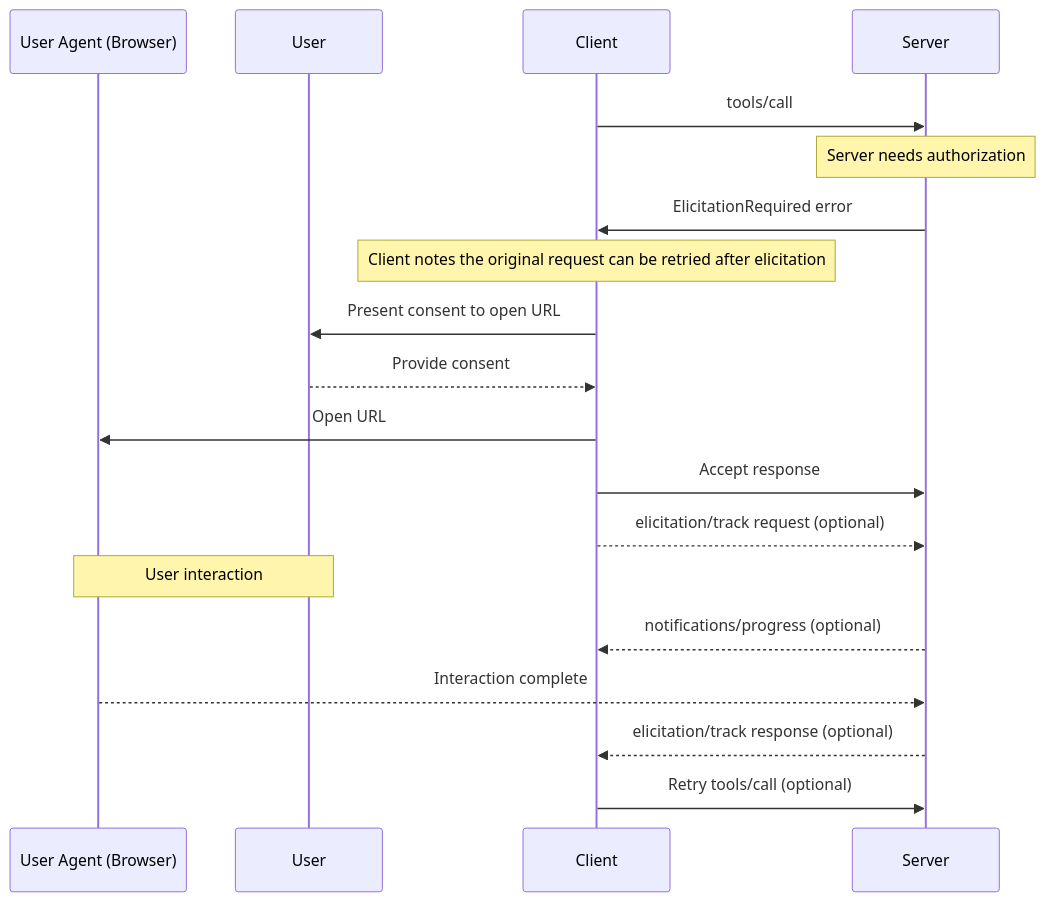
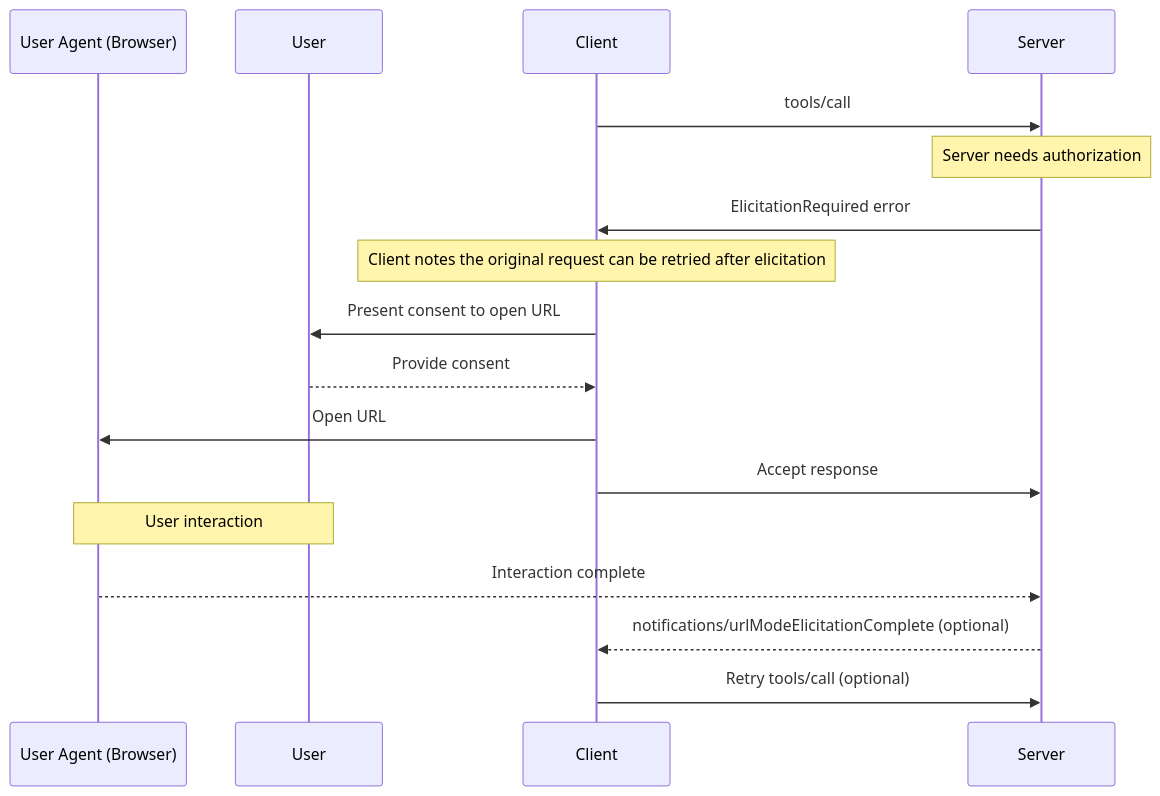
One commit to modelcontextprotocol/modelcontextprotocol changed the third of 4 diagrams in docs/specification/draft/client/elicitation.mdx. Above: the diagram before and after it, drawn with Mermaid. The commit also changed other lines of this file and 3 other files, not shown here.

Commit message:
Use notifications instead of progress

````diff
--- a/docs/specification/draft/client/elicitation.mdx
+++ b/docs/specification/draft/client/elicitation.mdx
@@ -458,28 +428,26 @@
 ```mermaid
 sequenceDiagram
     participant UserAgent as User Agent (Browser)
     participant User
     participant Client
     participant Server
 
     Client->>Server: tools/call
 
     Note over Server: Server needs authorization
     Server->>Client: ElicitationRequired error
     Note over Client: Client notes the original request can be retried after elicitation
 
     Client->>User: Present consent to open URL
     User-->>Client: Provide consent
 
     Client->>UserAgent: Open URL
     Client->>Server: Accept response
-    Client-->>Server: elicitation/track request (optional)
 
     Note over User,UserAgent: User interaction
-    Server-->>Client: notifications/progress (optional)
 
     UserAgent-->>Server: Interaction complete
-    Server-->>Client: elicitation/track response (optional)
+    Server-->>Client: notifications/urlModeElicitationComplete (optional)
 
     Client->>Server: Retry tools/call (optional)
 ```
````
